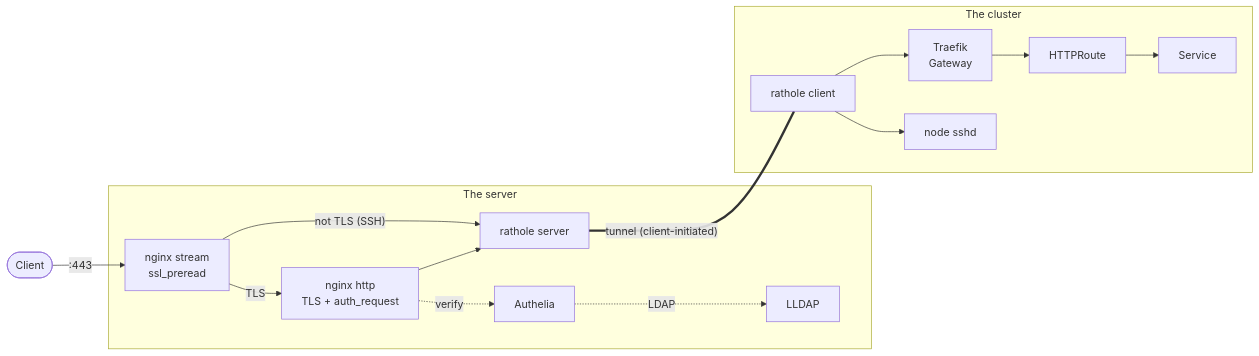
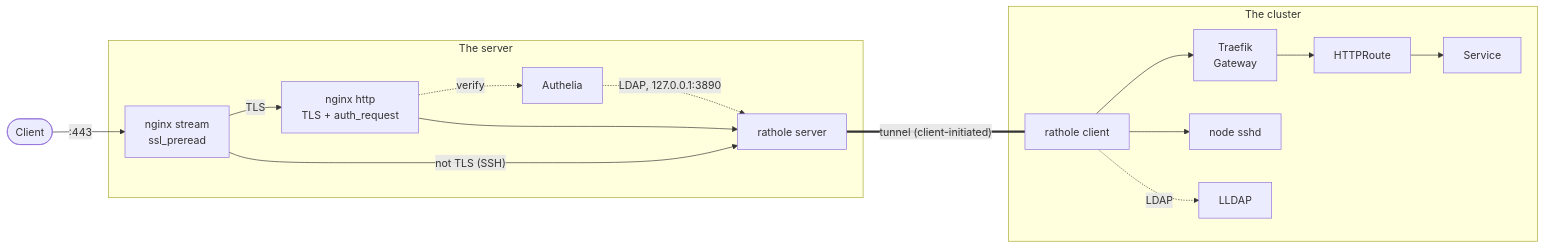
The second of 5 diagrams in docs/architecture.md (rafi/machines), drawn with Mermaid before and after one commit. The commit also changed other lines of this file and 22 other files, not shown here.

````diff
--- a/docs/architecture.md
+++ b/docs/architecture.md
@@ -40,15 +41,17 @@
 ```mermaid
 flowchart LR
   user(["Client"]) -- ":443" --> stream
   subgraph vps["The server"]
     stream["nginx stream<br/>ssl_preread"] -- "TLS" --> http["nginx http<br/>TLS + auth_request"]
-    http -. "verify" .-> authelia["Authelia"] -. "LDAP" .-> lldap["LLDAP"]
+    http -. "verify" .-> authelia["Authelia"]
+    authelia -. "LDAP, 127.0.0.1:3890" .-> rs
     http --> rs["rathole server"]
     stream -- "not TLS (SSH)" --> rs
   end
   subgraph home["The cluster"]
     rc["rathole client"] --> gw["Traefik<br/>Gateway"] --> route["HTTPRoute"] --> svc["Service"]
     rc --> sshd["node sshd"]
+    rc -. "LDAP" .-> lldap["LLDAP"]
   end
   rs == "tunnel (client-initiated)" === rc
 ```
````
